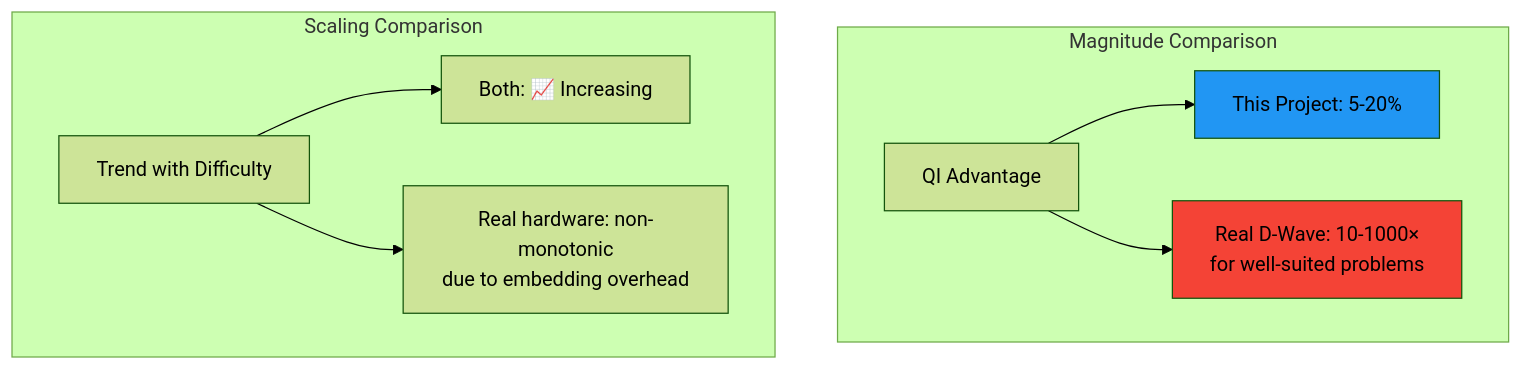
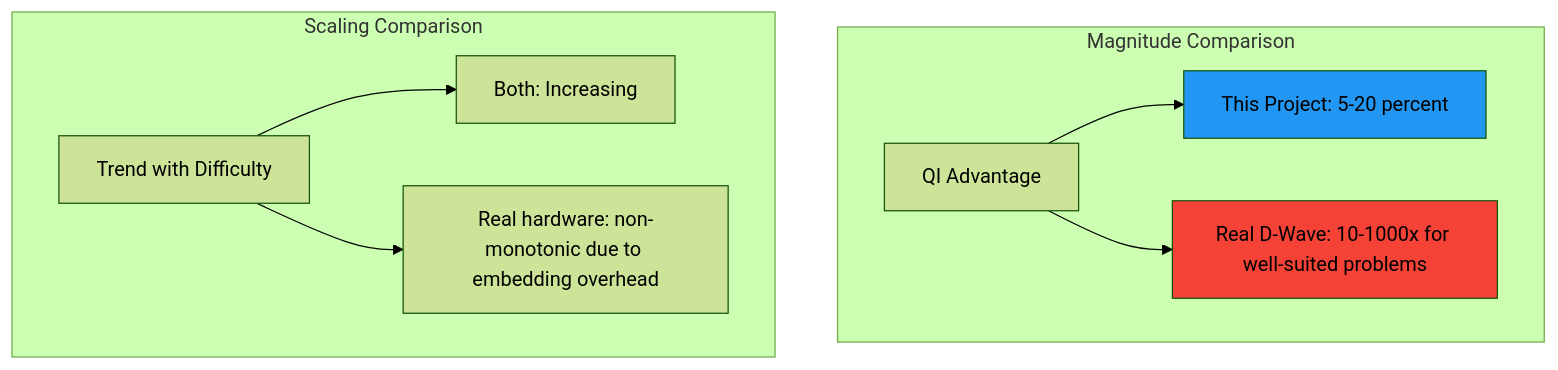
The third of 4 diagrams in ACCURACY_REPORT.md (fmacpro/qbit), drawn with Mermaid (forest theme) before and after one commit. The commit also changed other lines of this file, not shown here.

First line of the commit message:
Fix Mermaid diagrams for GitHub compatibility

````diff
--- a/ACCURACY_REPORT.md
+++ b/ACCURACY_REPORT.md
@@ -171,17 +171,17 @@
 ```mermaid
 graph TD
     subgraph "Magnitude Comparison"
-        H[QI Advantage]
-        H --> I["This Project: 5-20%"]
-        H --> J["Real D-Wave: 10-1000×<br/>for well-suited problems"]
+        H["QI Advantage"]
+        H --> I["This Project: 5-20 percent"]
+        H --> J["Real D-Wave: 10-1000x for well-suited problems"]
     end
     
     subgraph "Scaling Comparison"
-        K[Trend with Difficulty]
-        K --> L["Both: 📈 Increasing"]
-        K --> M["Real hardware: non-monotonic<br/>due to embedding overhead"]
+        K["Trend with Difficulty"]
+        K --> L["Both: Increasing"]
+        K --> M["Real hardware: non-monotonic due to embedding overhead"]
     end
     
     style I fill:#2196F3
     style J fill:#f44336
 ```
````
